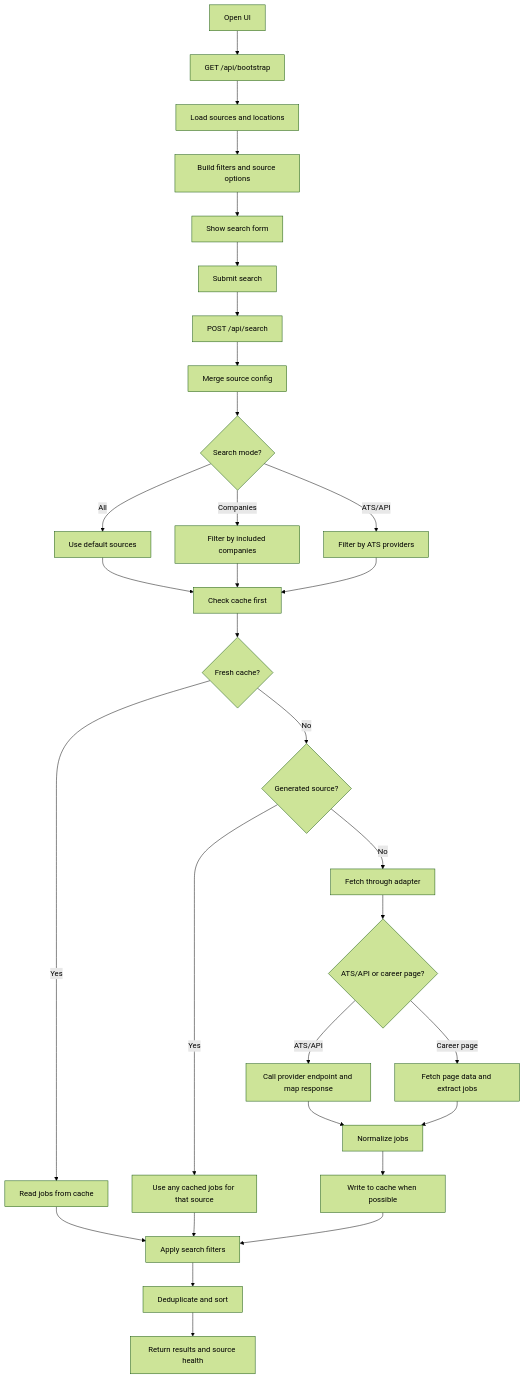
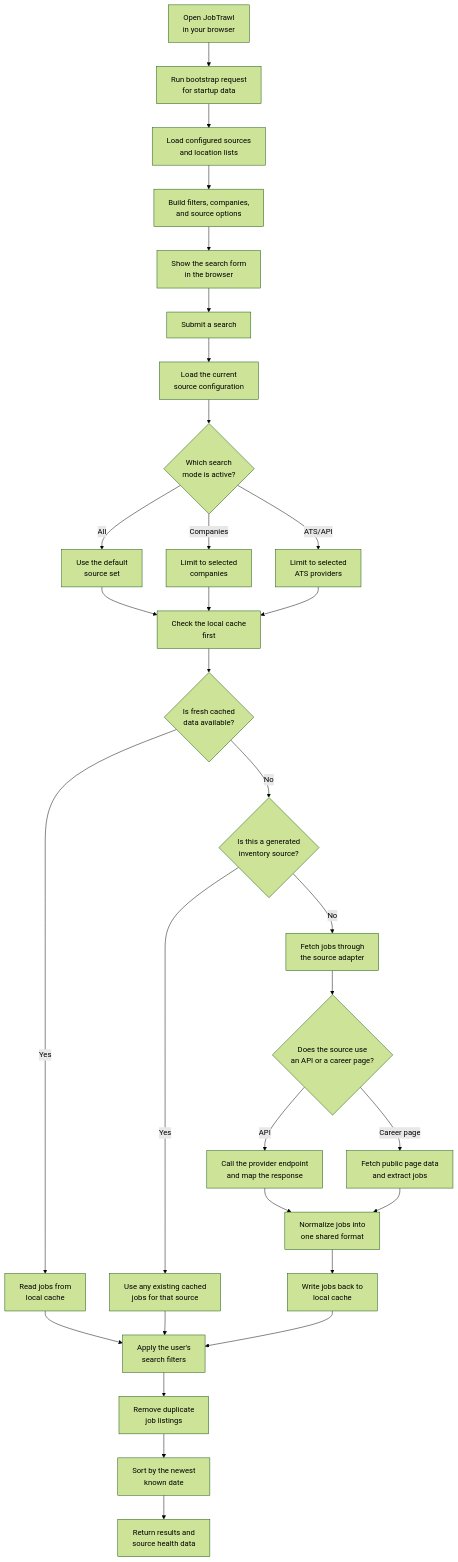
Before and after one commit to ugraphix/JobTrawl: the diagram in README.md, drawn with Mermaid (forest theme).

Commit message:
Improve README flowchart readability

````diff
--- a/README.md
+++ b/README.md
@@ -38,37 +38,37 @@
 ```mermaid
 flowchart TD
-    A["Open UI"] --> B["GET /api/bootstrap"]
-    B --> C["Load sources and locations"]
-    C --> D["Build filters and source options"]
-    D --> E["Show search form"]
+    A["Open JobTrawl<br/>in your browser"] --> B["Run bootstrap request<br/>for startup data"]
+    B --> C["Load configured sources<br/>and location lists"]
+    C --> D["Build filters, companies,<br/>and source options"]
+    D --> E["Show the search form<br/>in the browser"]
 
-    E --> F["Submit search"]
-    F --> G["POST /api/search"]
-    G --> H["Merge source config"]
-    H --> I{"Search mode?"}
-    I -->|All| J["Use default sources"]
-    I -->|Companies| K["Filter by included companies"]
-    I -->|ATS/API| L["Filter by ATS providers"]
-    J --> M["Check cache first"]
-    K --> M
-    L --> M
-    M --> N{"Fresh cache?"}
+    E --> F["Submit a search"]
+    F --> G["Load the current<br/>source configuration"]
+    G --> H{"Which search<br/>mode is active?"}
+    H -->|All| I["Use the default<br/>source set"]
+    H -->|Companies| J["Limit to selected<br/>companies"]
+    H -->|ATS/API| K["Limit to selected<br/>ATS providers"]
+    I --> L["Check the local cache<br/>first"]
+    J --> L
+    K --> L
+    L --> M{"Is fresh cached<br/>data available?"}
 
-    N -->|Yes| O["Read jobs from cache"]
-    N -->|No| P{"Generated source?"}
-    P -->|Yes| Q["Use any cached jobs for that source"]
-    P -->|No| R["Fetch through adapter"]
+    M -->|Yes| N["Read jobs from<br/>local cache"]
+    M -->|No| O{"Is this a generated<br/>inventory source?"}
+    O -->|Yes| P["Use any existing cached<br/>jobs for that source"]
+    O -->|No| Q["Fetch jobs through<br/>the source adapter"]
 
-    R --> S{"ATS/API or career page?"}
-    S -->|ATS/API| T["Call provider endpoint and map response"]
-    S -->|Career page| U["Fetch page data and extract jobs"]
+    Q --> R{"Does the source use<br/>an API or a career page?"}
+    R -->|API| S["Call the provider endpoint<br/>and map the response"]
+    R -->|Career page| T["Fetch public page data<br/>and extract jobs"]
 
-    T --> V["Normalize jobs"]
-    U --> V
-    V --> W["Write to cache when possible"]
-    O --> X["Apply search filters"]
-    Q --> X
-    W --> X
-    X --> Y["Deduplicate and sort"]
-    Y --> Z["Return results and source health"]
+    S --> U["Normalize jobs into<br/>one shared format"]
+    T --> U
+    U --> V["Write jobs back to<br/>local cache"]
+    N --> W["Apply the user's<br/>search filters"]
+    P --> W
+    V --> W
+    W --> X["Remove duplicate<br/>job listings"]
+    X --> Y["Sort by the newest<br/>known date"]
+    Y --> Z["Return results and<br/>source health data"]
 ```
````
